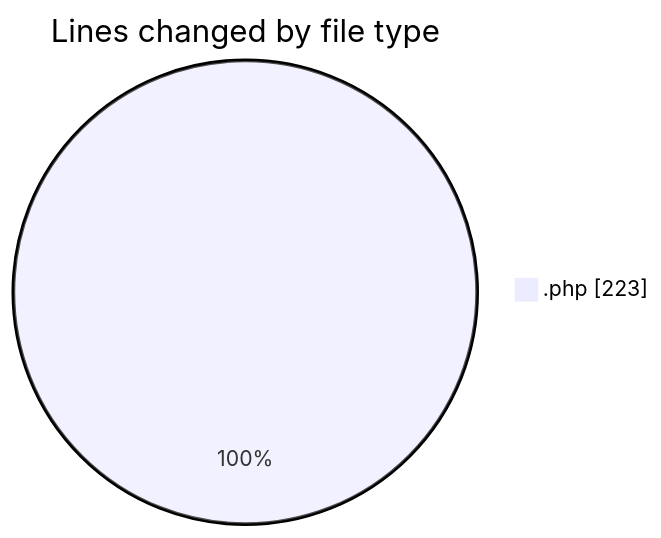
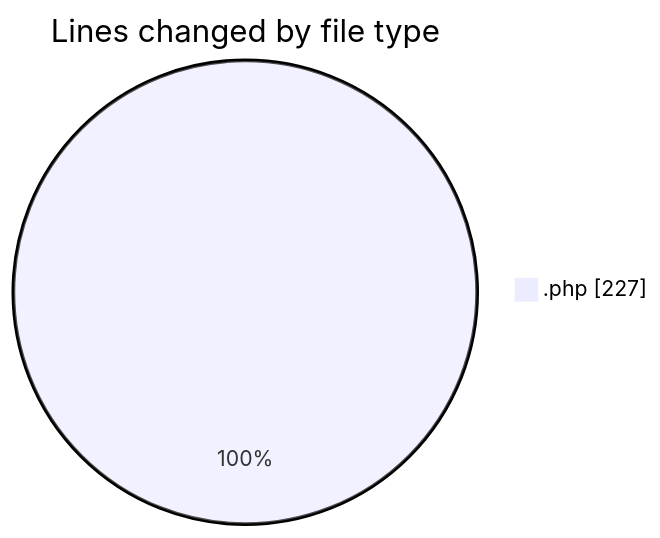
The first of 2 diagrams in 2025-10-01/totem2/README.md (LanceThiago/code-tracking), drawn with Mermaid before and after one commit. The commit also changed other lines of this file and 1 other file, not shown here.

````diff
--- a/2025-10-01/totem2/README.md
+++ b/2025-10-01/totem2/README.md
@@ -21,5 +21,5 @@
 ```mermaid
 pie showData
 title Lines changed by file type
-".php" : 223
+".php" : 227
 ```
````
